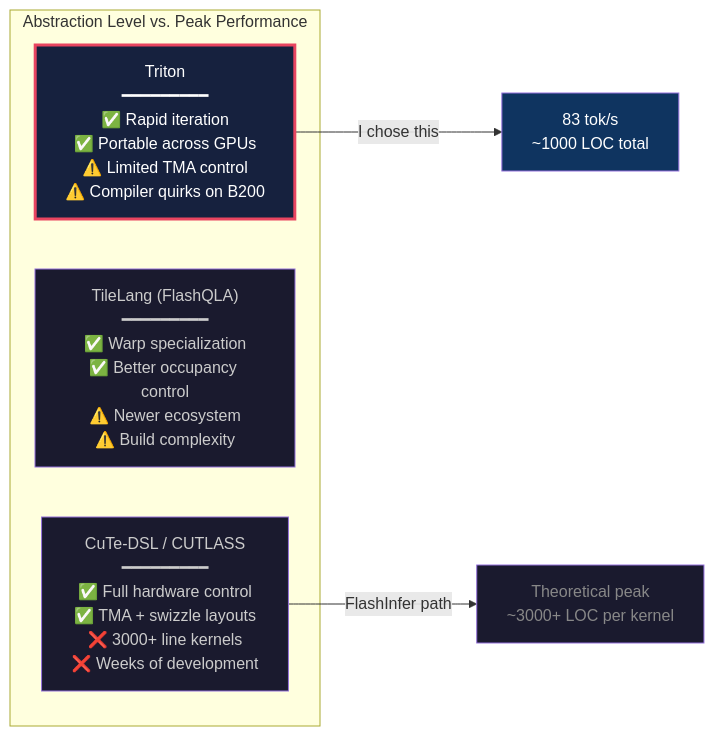
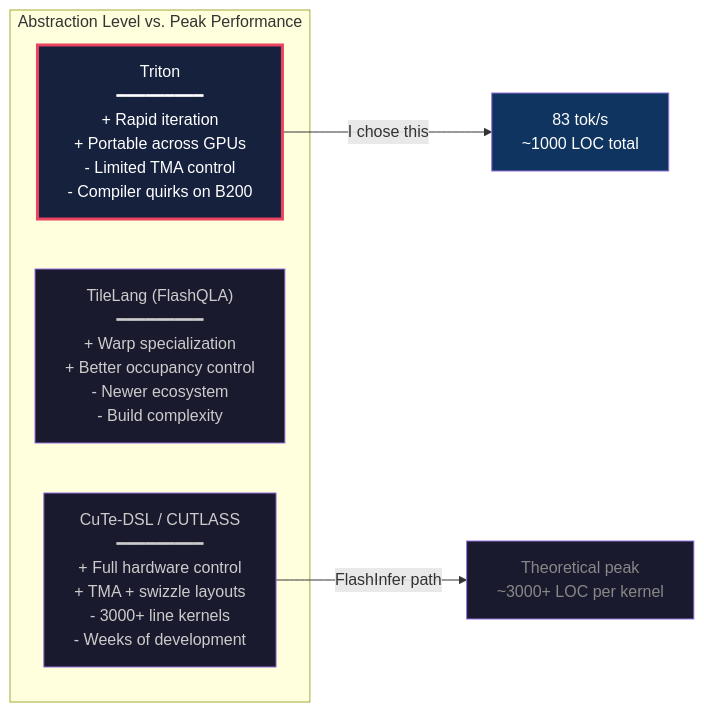
Before and after one commit to Darshan-Baslani/qwen3.5-optimized: the sixth of 8 diagrams in technical_writeup.md, drawn with Mermaid. The commit also changed other lines of this file, not shown here.

````diff
--- a/technical_writeup.md
+++ b/technical_writeup.md
@@ -538,19 +540,19 @@
 ```mermaid
 graph LR
     subgraph Spectrum["Abstraction Level vs. Peak Performance"]
-        TRITON["Triton<br/>━━━━━━━━━<br/>✅ Rapid iteration<br/>✅ Portable across GPUs<br/>⚠️ Limited TMA control<br/>⚠️ Compiler quirks on B200"]
+        TRITON["Triton<br/>━━━━━━━━━<br/>+ Rapid iteration<br/>+ Portable across GPUs<br/>- Limited TMA control<br/>- Compiler quirks on B200"]
 
-        TILELANG["TileLang (FlashQLA)<br/>━━━━━━━━━<br/>✅ Warp specialization<br/>✅ Better occupancy control<br/>⚠️ Newer ecosystem<br/>⚠️ Build complexity"]
+        TILELANG["TileLang (FlashQLA)<br/>━━━━━━━━━<br/>+ Warp specialization<br/>+ Better occupancy control<br/>- Newer ecosystem<br/>- Build complexity"]
 
-        CUTE["CuTe-DSL / CUTLASS<br/>━━━━━━━━━<br/>✅ Full hardware control<br/>✅ TMA + swizzle layouts<br/>❌ 3000+ line kernels<br/>❌ Weeks of development"]
+        CUTE["CuTe-DSL / CUTLASS<br/>━━━━━━━━━<br/>+ Full hardware control<br/>+ TMA + swizzle layouts<br/>- 3000+ line kernels<br/>- Weeks of development"]
     end
 
     TRITON -->|"I chose this"| RESULT["83 tok/s<br/>~1000 LOC total"]
     CUTE -->|"FlashInfer path"| RESULT2["Theoretical peak<br/>~3000+ LOC per kernel"]
 
     style TRITON fill:#16213e,stroke:#e94560,stroke-width:3,color:#fff
     style TILELANG fill:#1a1a2e,color:#ccc
     style CUTE fill:#1a1a2e,color:#ccc
     style RESULT fill:#0f3460,color:#fff
     style RESULT2 fill:#1a1a2e,color:#888
 ```
````
